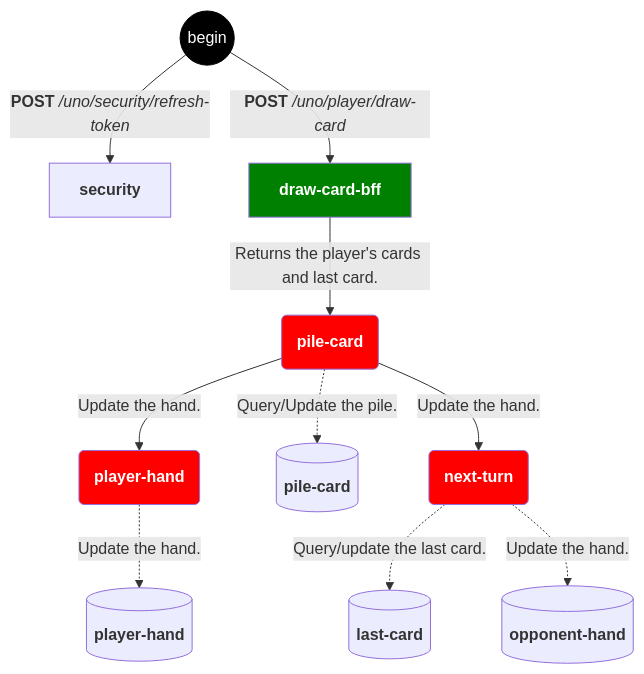
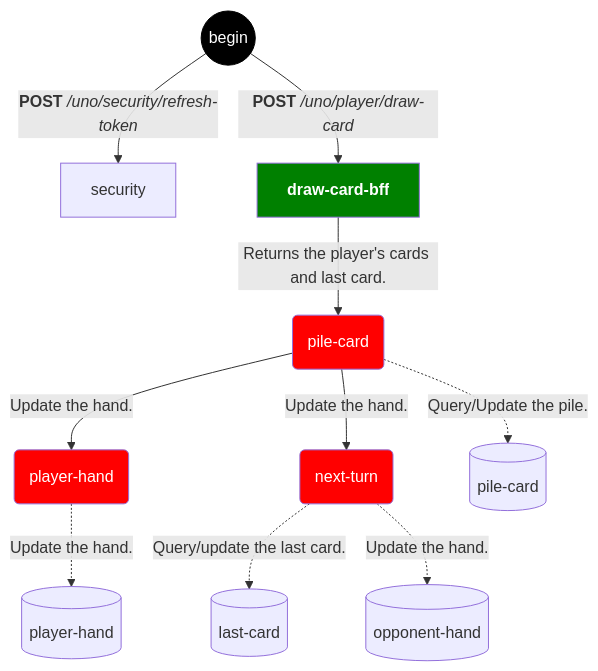
Before and after one commit to olbiwan/uno: the first of 3 diagrams in README.md, drawn with Mermaid. The commit also changed other lines of this file, not shown here.

````diff
--- a/README.md
+++ b/README.md
@@ -23,18 +23,16 @@
 ```mermaid
 flowchart TD
-    U((begin))
-    U -->|<b>POST</b> <i>/uno/security/refresh-token</i>| Z[<b>security</b>]
-    U -->|<b>POST</b> <i>/uno/player/draw-card</i>| FC[<b>draw-card-bff</b>]
-    FC -->|Returns the player's cards and last card.| SB(<b>pile-card</b>)
-    SA(<b>next-turn</b>) -.->|Query/update the last card.| HLC[(<b>last-card</b>)]
-    SA -.->|Update the hand.| HOH[(<b>opponent-hand</b>)]
-    SB -.->|Query/Update the pile.| HPC[(<b>pile-card</b>)]
-    SB -->|Update the hand.| SC
-    SB -->|Update the hand.| SA
-    SC(<b>player-hand</b>) -.->|Update the hand.| HPH[(<b>player-hand</b>)]
-    classDef first color:#fff,fill:green;
+    U((begin)) -->|<b>POST</b> <i>/uno/security/refresh-token</i>| S[security]
+    U -->|<b>POST</b> <i>/uno/player/draw-card</i>| DCB[<b>draw-card-bff</b>]
+    DCB -->|Returns the player's cards and last card.| SPC(pile-card)
+    SNT(next-turn) -.->|Query/update the last card.| HLC[(last-card)]
+    SPC -->|Update the hand.| SPH(player-hand)
+    SPC -->|Update the hand.| SNT
+    SNT -.->|Update the hand.| HOH[(opponent-hand)]
+    SPC -.->|Query/Update the pile.| HPC[(pile-card)]
+    SPH -.->|Update the hand.| HPH[(player-hand)]
+    style DCB color:#fff,fill:green;
+    style U color:#fff,fill:#000,stroke:#000;
     classDef second color:#fff,fill:red;
-    style U  color:#fff,fill:#000,stroke:#000;
-    class FC first;
-    class SA,SB,SC second;
+    class SNT,SPC,SPH second;
 ```
````
